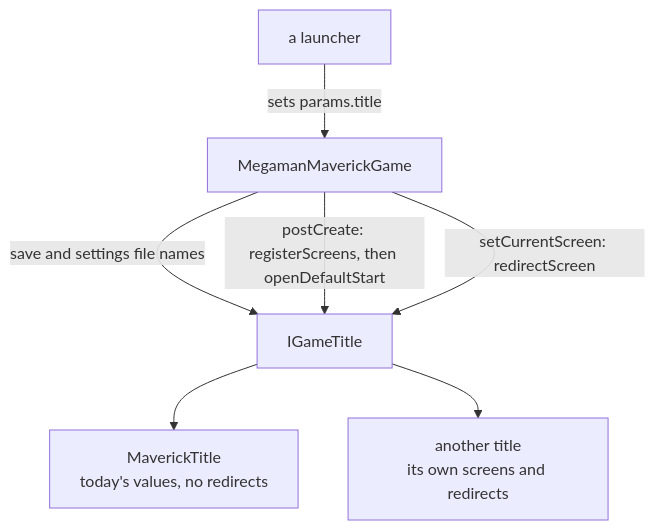
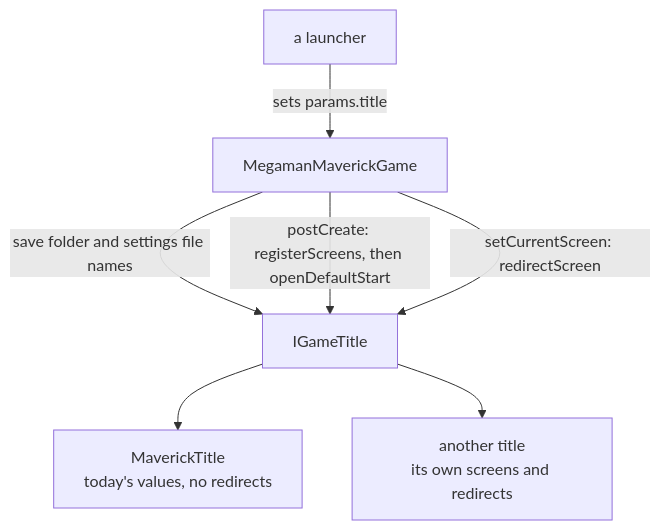
One commit to JohnLavender474/Megaman-Maverick changed the diagram in core/src/main/kotlin/com/megaman/maverick/game/titles/README.md. Above: the diagram before and after it, drawn with Mermaid. The commit also changed other lines of this file and 12 other files, not shown here.

````diff
--- a/core/src/main/kotlin/com/megaman/maverick/game/titles/README.md
+++ b/core/src/main/kotlin/com/megaman/maverick/game/titles/README.md
@@ -16,9 +16,9 @@
 ```mermaid
 flowchart TD
     Launcher["a launcher"] -- "sets params.title" --> Game["MegamanMaverickGame"]
-    Game -- "save and settings file names" --> Title["IGameTitle"]
+    Game -- "save folder and settings file names" --> Title["IGameTitle"]
     Game -- "postCreate: registerScreens, then openDefaultStart" --> Title
     Game -- "setCurrentScreen: redirectScreen" --> Title
     Title --> Maverick["MaverickTitle<br/>today's values, no redirects"]
     Title --> Other["another title<br/>its own screens and redirects"]
 ```
````
